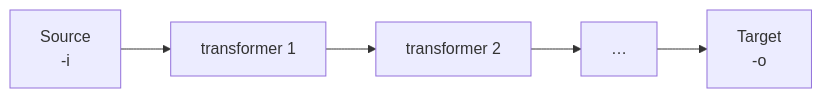
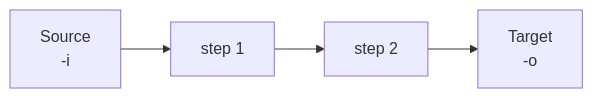
Before and after one commit to nicopon/dtpipe: the first of 2 diagrams in docs/concepts.md, drawn with Mermaid. The commit also changed other lines of this file and 19 other files, not shown here.

````diff
--- a/docs/concepts.md
+++ b/docs/concepts.md
@@ -11,7 +7,6 @@
 ```mermaid
 flowchart LR
-    src["Source<br/>-i"] --> t1["transformer 1"]
-    t1 --> t2["transformer 2"]
-    t2 --> tn["…"]
-    tn --> dst["Target<br/>-o"]
+    src["Source<br/>-i"] --> t1["step 1"]
+    t1 --> t2["step 2"]
+    t2 --> dst["Target<br/>-o"]
 ```
````
